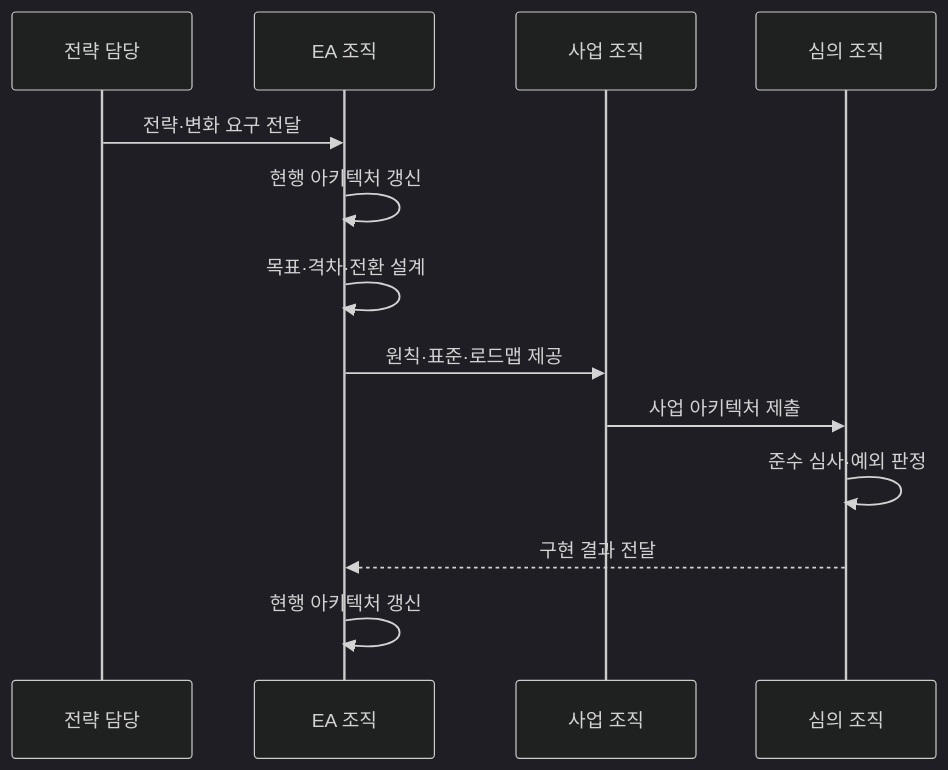
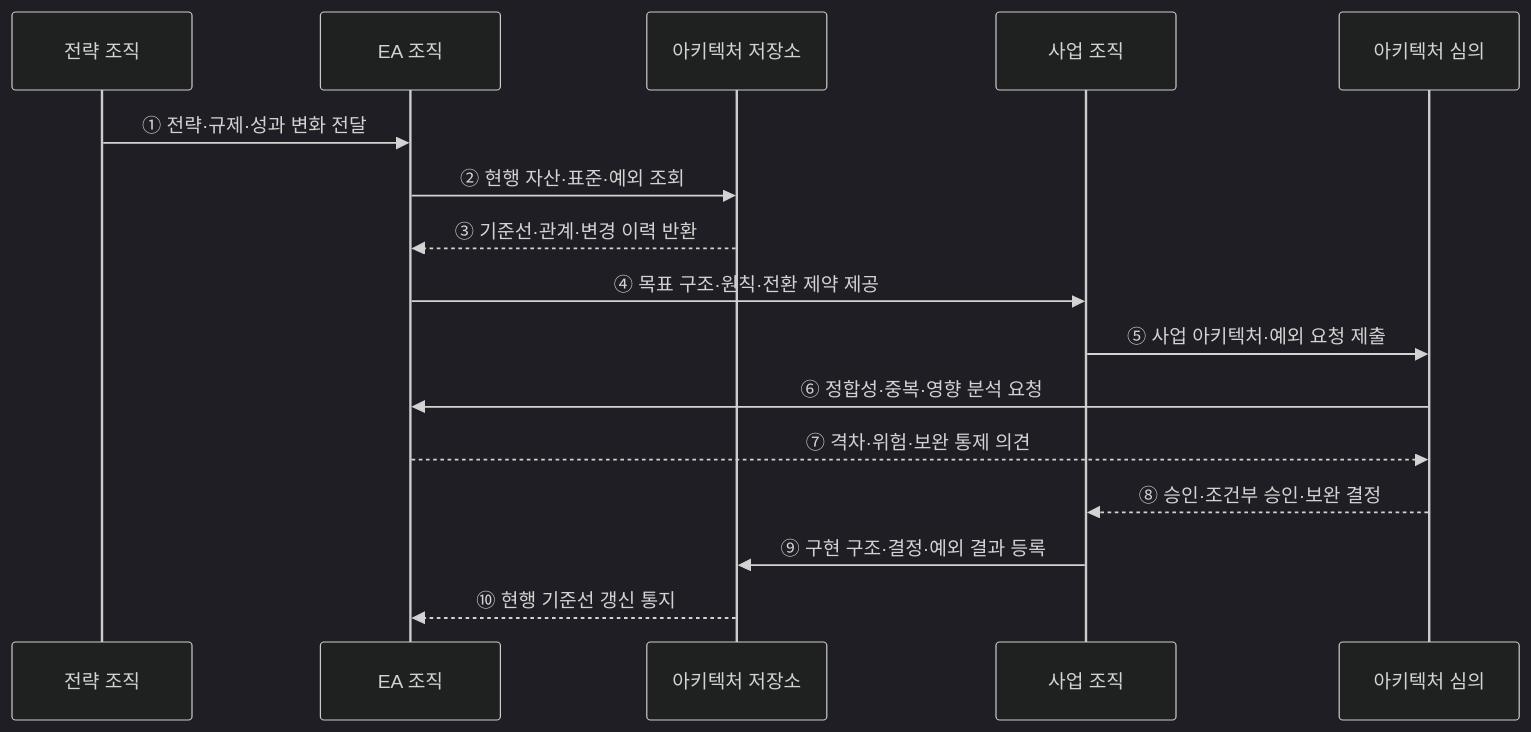
One commit to agnusdei1207/knowledge-base changed the second of 2 diagrams in src/content/docs/notes/03-software/189_enterprise_architecture.md. Above: the diagram before and after it, drawn with Mermaid (dark theme). The commit also changed other lines of this file and 12 other files, not shown here.

````diff
--- a/src/content/docs/notes/03-software/189_enterprise_architecture.md
+++ b/src/content/docs/notes/03-software/189_enterprise_architecture.md
@@ -82,15 +74,18 @@
 ```mermaid
 sequenceDiagram
-    participant S as 전략 담당
-    participant A as EA 조직
+    participant S as 전략 조직
+    participant E as EA 조직
+    participant R as 아키텍처 저장소
     participant P as 사업 조직
-    participant G as 심의 조직
-    S->>A: 전략·변화 요구 전달
-    A->>A: 현행 아키텍처 갱신
-    A->>A: 목표·격차·전환 설계
-    A->>P: 원칙·표준·로드맵 제공
-    P->>G: 사업 아키텍처 제출
-    G->>G: 준수 심사·예외 판정
-    G-->>A: 구현 결과 전달
-    A->>A: 현행 아키텍처 갱신
+    participant G as 아키텍처 심의
+    S->>E: ① 전략·규제·성과 변화 전달
+    E->>R: ② 현행 자산·표준·예외 조회
+    R-->>E: ③ 기준선·관계·변경 이력 반환
+    E->>P: ④ 목표 구조·원칙·전환 제약 제공
+    P->>G: ⑤ 사업 아키텍처·예외 요청 제출
+    G->>E: ⑥ 정합성·중복·영향 분석 요청
+    E-->>G: ⑦ 격차·위험·보완 통제 의견
+    G-->>P: ⑧ 승인·조건부 승인·보완 결정
+    P->>R: ⑨ 구현 구조·결정·예외 결과 등록
+    R-->>E: ⑩ 현행 기준선 갱신 통지
 ```
````
